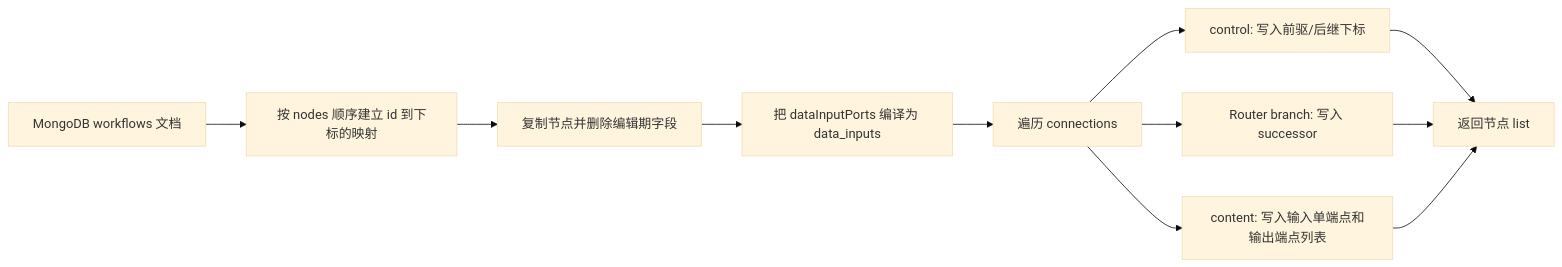
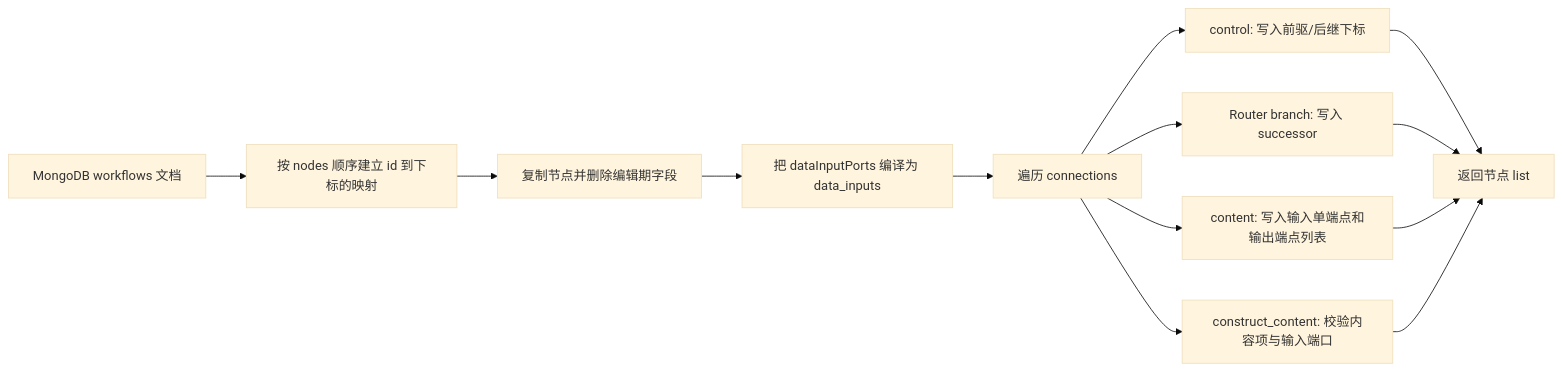
The diagram in docs/13-Workflow解析器.md (g-Ironfox/AAgent), drawn with Mermaid (base theme) before and after one commit. The commit also changed other lines of this file and 9 other files, not shown here.

````diff
--- a/docs/13-Workflow解析器.md
+++ b/docs/13-Workflow解析器.md
@@ -245,13 +248,15 @@
 ```mermaid
 flowchart LR
     A[MongoDB workflows 文档] --> B[按 nodes 顺序建立 id 到下标的映射]
     B --> C[复制节点并删除编辑期字段]
     C --> C1[把 dataInputPorts 编译为 data_inputs]
     C1 --> D[遍历 connections]
     D --> E[control: 写入前驱/后继下标]
     D --> F[Router branch: 写入 successor]
     D --> G[content: 写入输入单端点和输出端点列表]
+    D --> G1[construct_content: 校验内容项与输入端口]
     E --> H[返回节点 list]
     F --> H
     G --> H
+    G1 --> H
 ```
````
